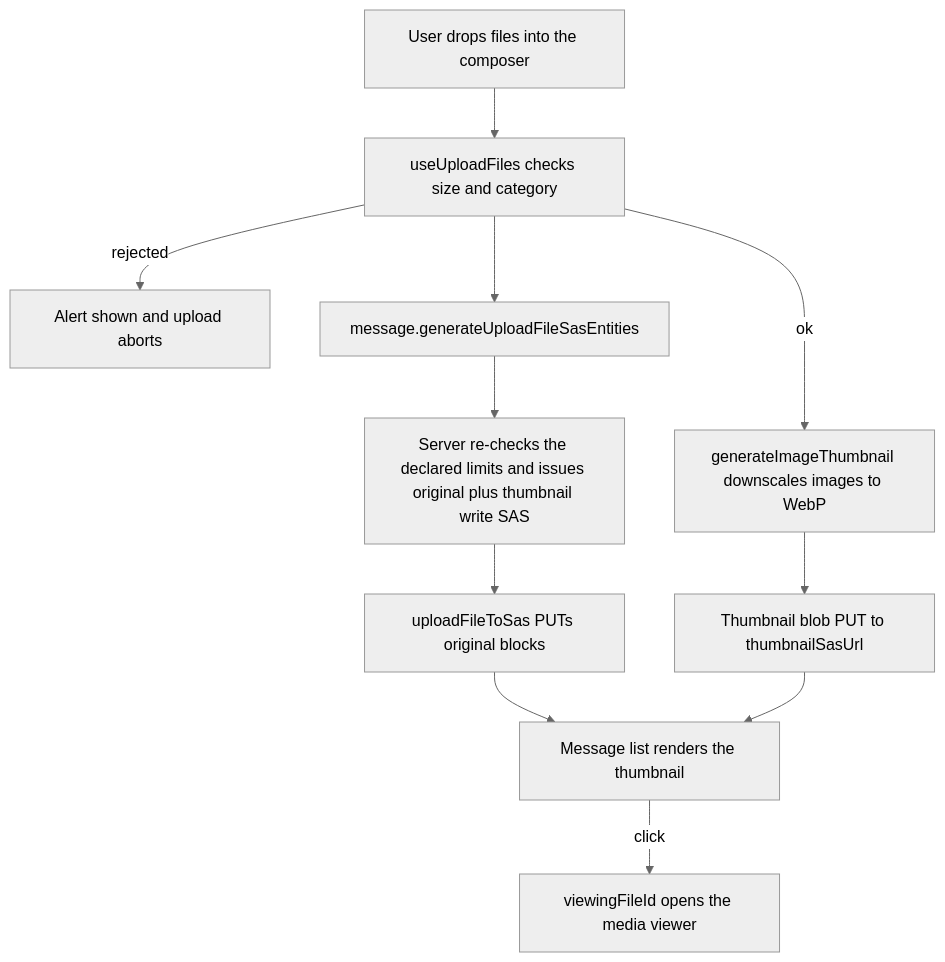
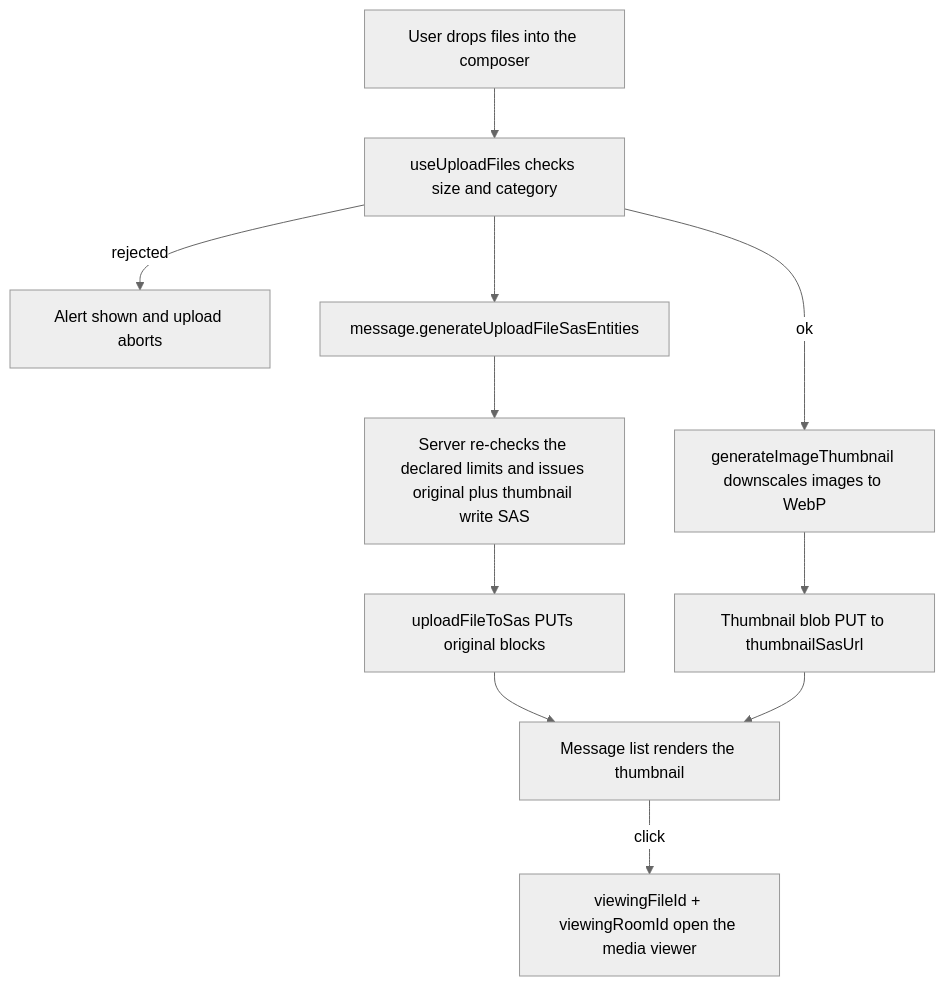
Before and after one commit to Esposter/Esposter: the diagram in apps/web/content/docs/esbabbler/file-media.md, drawn with Mermaid (neutral theme). The commit also changed other lines of this file and 12 other files, not shown here.

First line of the commit message:
fix(esbabbler): a thread reads its replies' metadata, and the media viewer walks the clicked message's room

````diff
--- a/apps/web/content/docs/esbabbler/file-media.md
+++ b/apps/web/content/docs/esbabbler/file-media.md
@@ -27,13 +27,13 @@
 ```mermaid
 flowchart TD
   drop[User drops files into the composer] --> validate[useUploadFiles checks size and category]
   validate -->|rejected| alert[Alert shown and upload aborts]
   validate -->|ok| thumb[generateImageThumbnail downscales images to WebP]
   validate --> sas[message.generateUploadFileSasEntities]
   sas --> enforce[Server re-checks the declared limits and issues original plus thumbnail write SAS]
   enforce --> upload[uploadFileToSas PUTs original blocks]
   thumb --> upthumb[Thumbnail blob PUT to thumbnailSasUrl]
   upload --> render[Message list renders the thumbnail]
   upthumb --> render
-  render -->|click| viewer["viewingFileId opens the media viewer"]
+  render -->|click| viewer["viewingFileId + viewingRoomId open the media viewer"]
 ```
````
